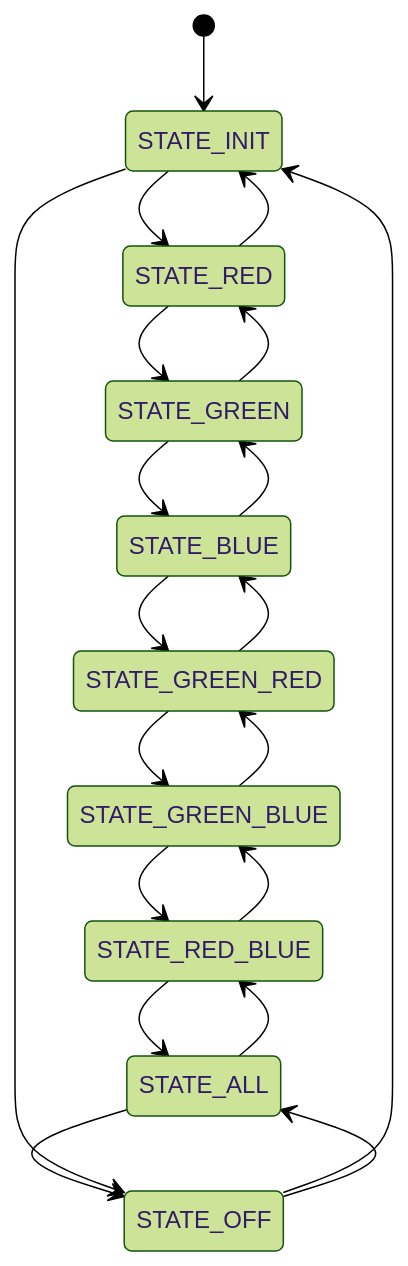
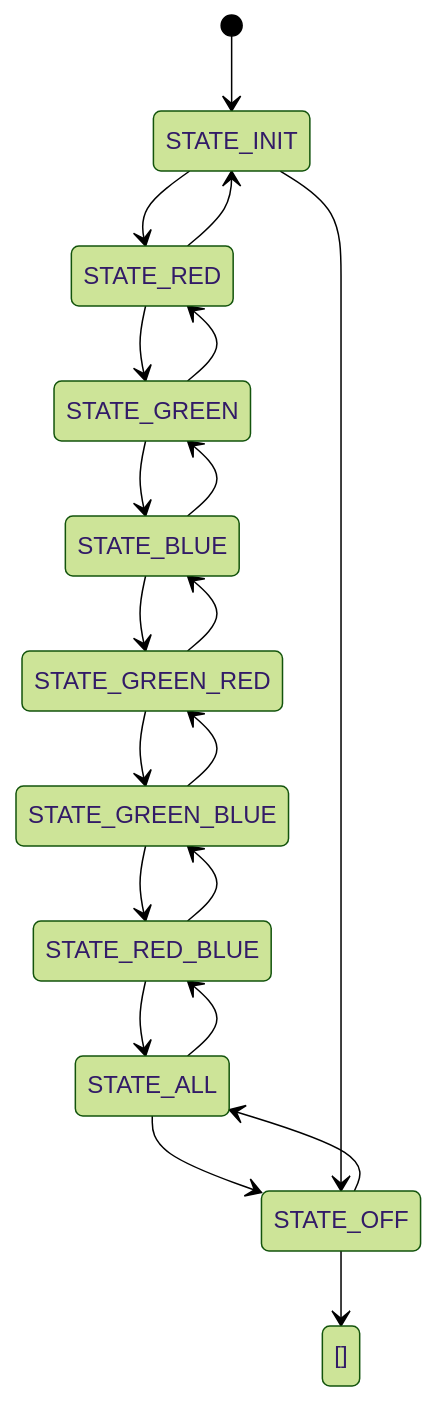
One commit to AngelMzno/iodraw-files changed the diagram in all/Mapa de Estado.md. Above: the diagram before and after it, drawn with Mermaid (forest theme).

Commit message:
2024-09-03 19:44:51 update

````diff
--- a/all/Mapa de Estado.md
+++ b/all/Mapa de Estado.md
@@ -1,28 +1,28 @@
 ```mermaid
 stateDiagram-v2
 [*]-->STATE_INIT
 STATE_INIT --> STATE_RED
 STATE_RED --> STATE_GREEN
 STATE_GREEN-->STATE_BLUE
 STATE_BLUE -->STATE_GREEN_RED
 STATE_GREEN_RED -->STATE_GREEN_BLUE
 STATE_GREEN_BLUE-->STATE_RED_BLUE
 STATE_RED_BLUE-->STATE_ALL
 STATE_ALL-->STATE_OFF
-STATE_OFF-->STATE_INIT
+STATE_OFF-->[]
 
 [*]STATE_INIT
 STATE_INIT --> STATE_OFF
 STATE_RED --> STATE_INIT
 STATE_GREEN-->STATE_RED
 STATE_BLUE -->STATE_GREEN
 STATE_GREEN_RED -->STATE_BLUE
 STATE_GREEN_BLUE-->STATE_GREEN_RED
 STATE_RED_BLUE-->STATE_GREEN_BLUE
 STATE_ALL-->STATE_RED_BLUE
 STATE_OFF-->STATE_ALL
 
 
 
 
 ```
````
